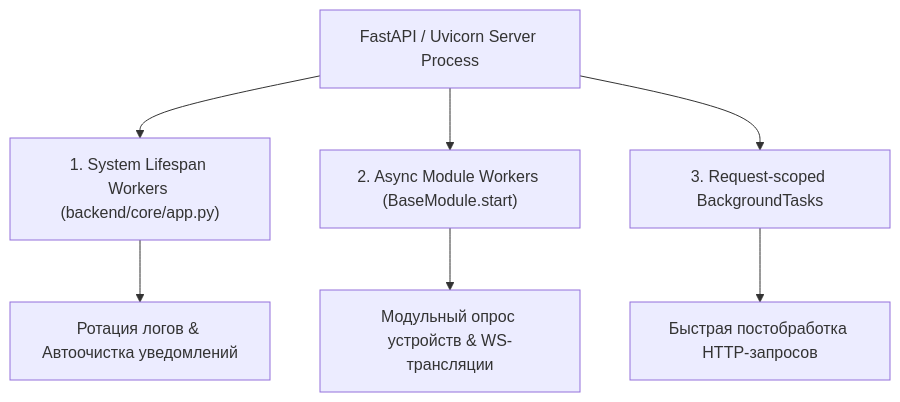
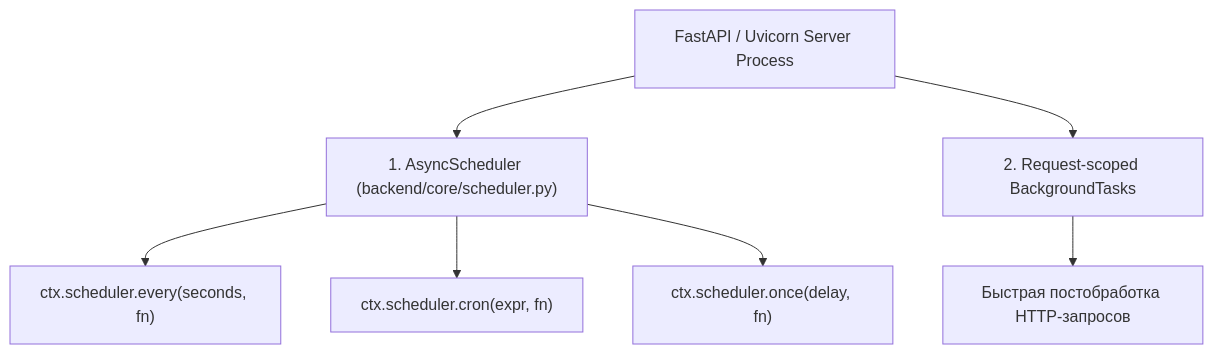
The diagram in docs/wiki/03-module-development/16-background-workers.md (Apofixc/nms-webui), drawn with Mermaid before and after one commit. The commit also changed other lines of this file and 7 other files, not shown here.

Commit message:
feat: implement AsyncScheduler and integrate with module context for background task management

````diff
--- a/docs/wiki/03-module-development/16-background-workers.md
+++ b/docs/wiki/03-module-development/16-background-workers.md
@@ -15,10 +15,10 @@
 ```mermaid
 flowchart TD
-    App[FastAPI / Uvicorn Server Process] --> LifespanWorker["1. System Lifespan Workers (backend/core/app.py)"]
-    App --> AsyncWorker["2. Async Module Workers (BaseModule.start)"]
-    App --> BGTask["3. Request-scoped BackgroundTasks"]
+    App[FastAPI / Uvicorn Server Process] --> LifespanScheduler["1. AsyncScheduler (backend/core/scheduler.py)"]
+    App --> BGTask["2. Request-scoped BackgroundTasks"]
 
-    LifespanWorker --> CoreCleanups[Ротация логов & Автоочистка уведомлений]
-    AsyncWorker --> ModLogic[Модульный опрос устройств & WS-трансляции]
+    LifespanScheduler --> ModEvery["ctx.scheduler.every(seconds, fn)"]
+    LifespanScheduler --> ModCron["ctx.scheduler.cron(expr, fn)"]
+    LifespanScheduler --> ModOnce["ctx.scheduler.once(delay, fn)"]
     BGTask --> PostProcess[Быстрая постобработка HTTP-запросов]
 ```
````
